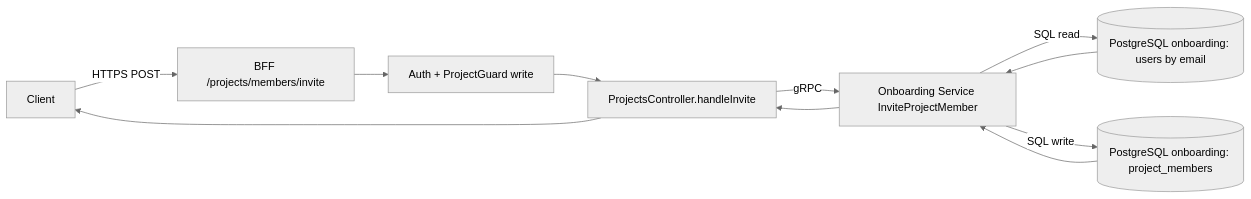
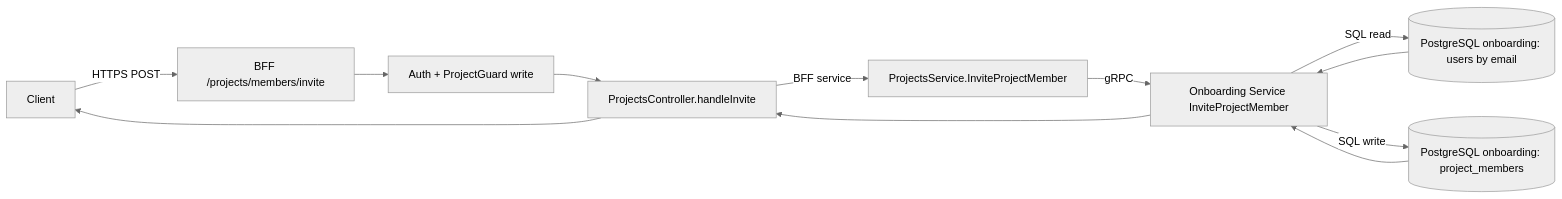
Before and after one commit to ralvescosta/costa-financial-assistant: the fifth of 22 diagrams in .specify/memory/bff-flows.md, drawn with Mermaid (neutral theme). The commit also changed other lines of this file and 26 other files, not shown here.

First line of the commit message:
feat: restore BFF gRPC gateway boundary

````diff
--- a/.specify/memory/bff-flows.md
+++ b/.specify/memory/bff-flows.md
@@ -84,13 +101,14 @@
 ```mermaid
 flowchart LR
     C[Client] -->|HTTPS POST| BFF[BFF /projects/members/invite]
     BFF --> AUTH[Auth + ProjectGuard write]
     AUTH --> PC[ProjectsController.handleInvite]
-    PC -->|gRPC| ONB[Onboarding Service InviteProjectMember]
+    PC -->|BFF service| SVC[ProjectsService.InviteProjectMember]
+    SVC -->|gRPC| ONB[Onboarding Service InviteProjectMember]
     ONB -->|SQL read| UDB[(PostgreSQL onboarding: users by email)]
     ONB -->|SQL write| MDB[(PostgreSQL onboarding: project_members)]
     UDB --> ONB
     MDB --> ONB
     ONB --> PC
     PC --> C
 ```
````
